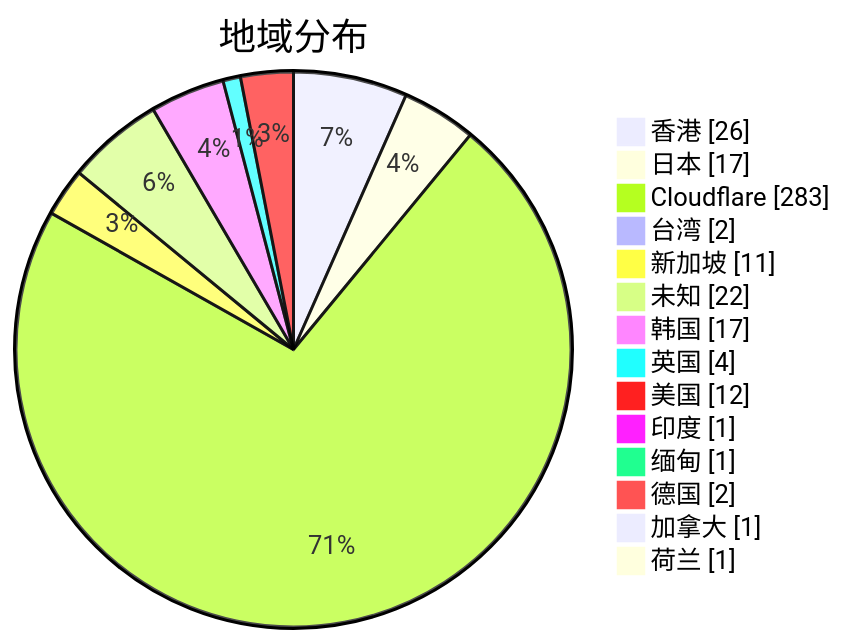
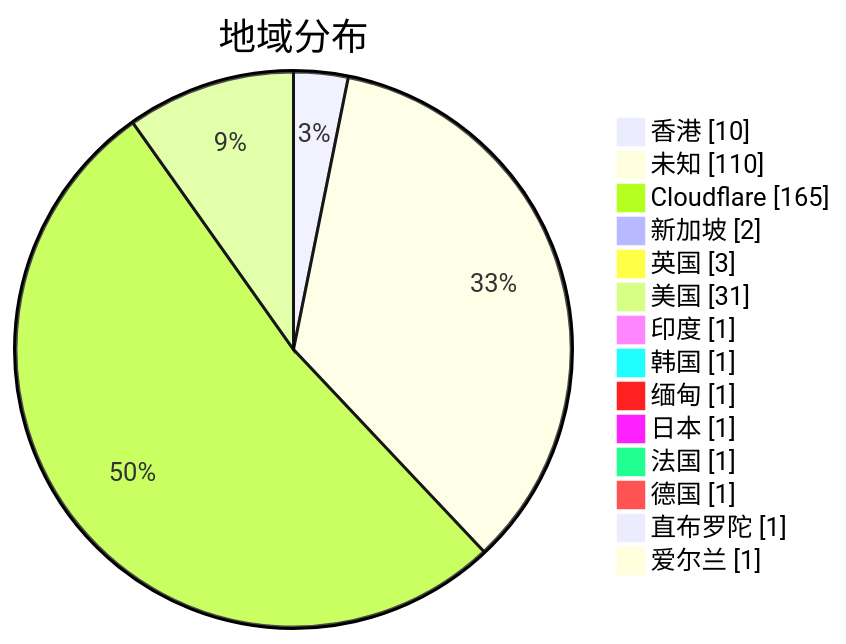
Before and after one commit to qjlxg/airport: the second of 3 diagrams in subs/statistics/tested_within.md, drawn with Mermaid. The commit also changed other lines of this file and 2 other files, not shown here.

Commit message:
Tested by metaST

````diff
--- a/subs/statistics/tested_within.md
+++ b/subs/statistics/tested_within.md
@@ -13,18 +13,18 @@
 ```mermaid
 pie showData
 title 地域分布
-"香港" : 26
-"日本" : 17
-"Cloudflare" : 283
-"台湾" : 2
-"新加坡" : 11
-"未知" : 22
-"韩国" : 17
-"英国" : 4
-"美国" : 12
+"香港" : 10
+"未知" : 110
+"Cloudflare" : 165
+"新加坡" : 2
+"英国" : 3
+"美国" : 31
 "印度" : 1
+"韩国" : 1
 "缅甸" : 1
-"德国" : 2
-"加拿大" : 1
-"荷兰" : 1
+"日本" : 1
+"法国" : 1
+"德国" : 1
+"直布罗陀" : 1
+"爱尔兰" : 1
 ```
````
